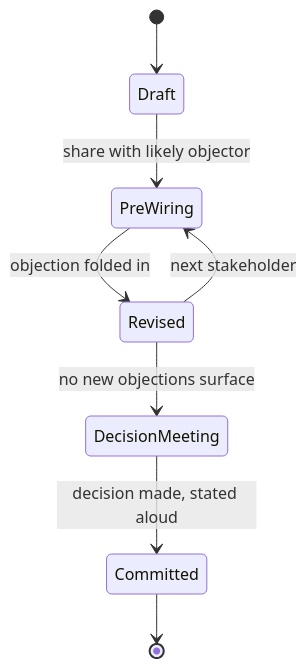
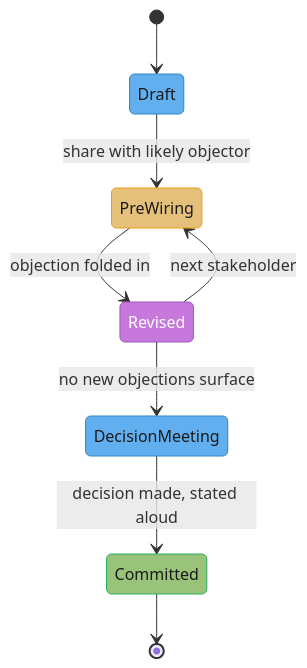
One commit to rppol/system-design changed the third of 4 diagrams in src/main/java/com/rutik/systemdesign/soft_skills/influence_without_authority/influence_without_authority.md. Above: the diagram before and after it, drawn with Mermaid. The commit also changed other lines of this file and 655 other files, not shown here.

````diff
--- a/src/main/java/com/rutik/systemdesign/soft_skills/influence_without_authority/influence_without_authority.md
+++ b/src/main/java/com/rutik/systemdesign/soft_skills/influence_without_authority/influence_without_authority.md
@@ -159,10 +159,19 @@
 ```mermaid
 stateDiagram-v2
     [*] --> Draft
     Draft --> PreWiring: share with likely objector
     PreWiring --> Revised: objection folded in
     Revised --> PreWiring: next stakeholder
     Revised --> DecisionMeeting: no new objections surface
     DecisionMeeting --> Committed: decision made, stated aloud
     Committed --> [*]
+
+    classDef info   fill:#61afef,stroke:#2e86c1,color:#1a1a1a
+    classDef warn   fill:#e5c07b,stroke:#f39c12,color:#1a1a1a
+    classDef accent fill:#c678dd,stroke:#9b59b6,color:#fff
+    classDef good   fill:#98c379,stroke:#27ae60,color:#1a1a1a
+    class Draft,DecisionMeeting info
+    class PreWiring warn
+    class Revised accent
+    class Committed good
 ```
````
